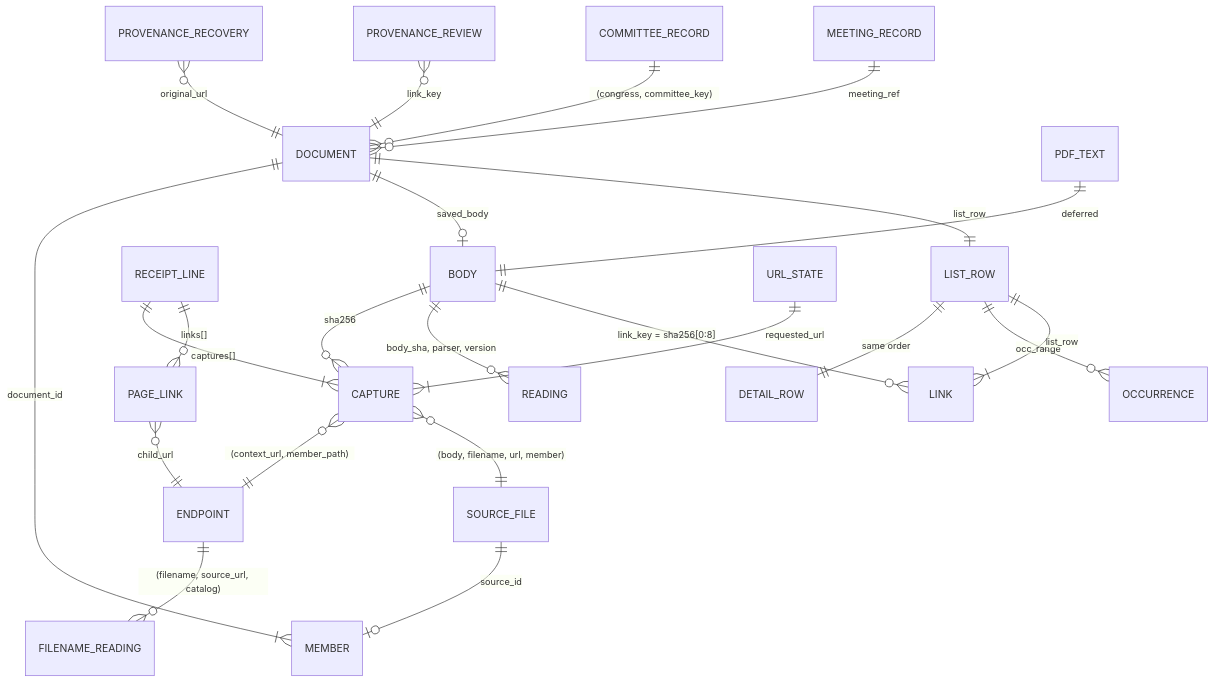
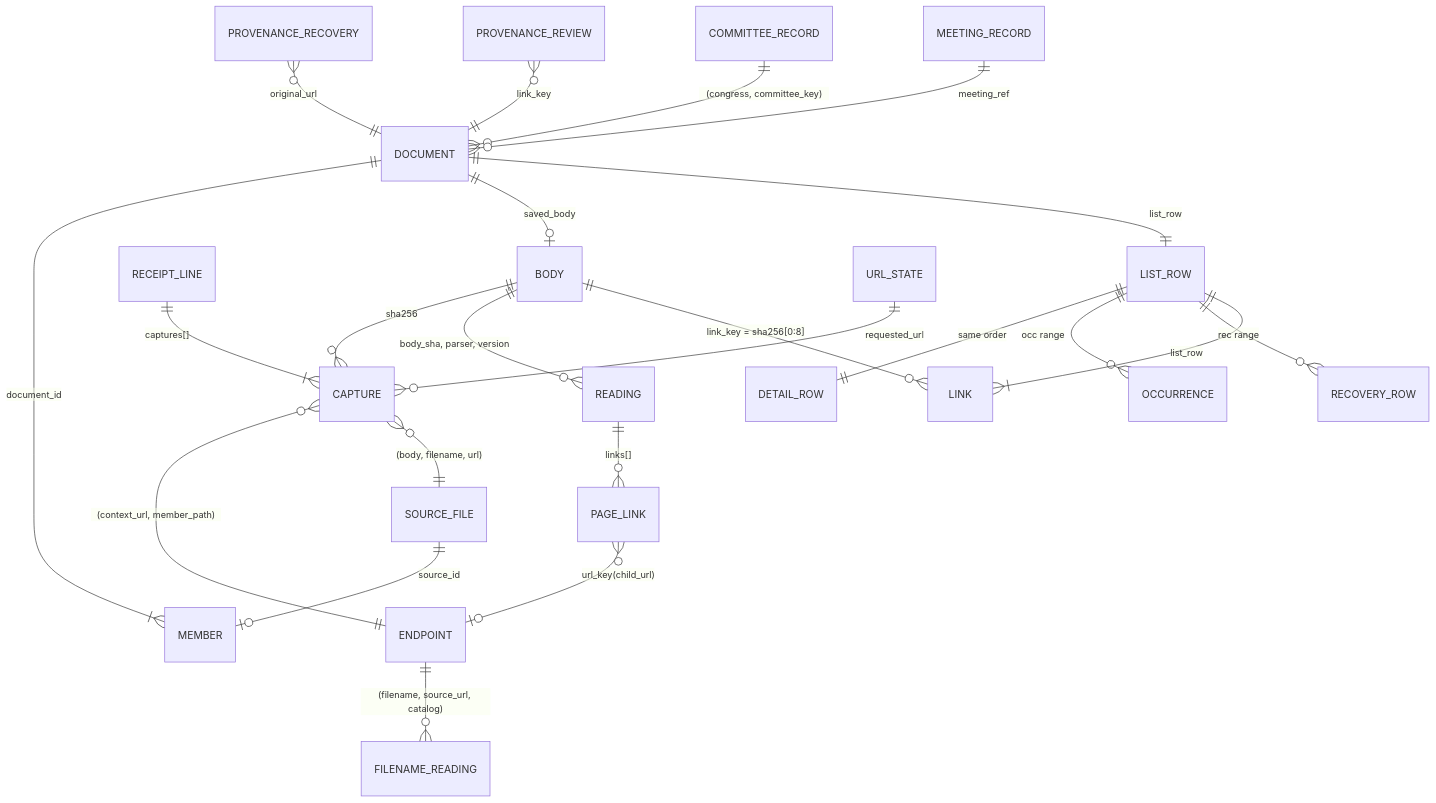
One commit to civictechdc/congressional-tech changed the diagram in docs/engine-first-data-model.md. Above: the diagram before and after it, drawn with Mermaid. The commit also changed other lines of this file and 2 other files, not shown here.

````diff
--- a/docs/engine-first-data-model.md
+++ b/docs/engine-first-data-model.md
@@ -529,25 +573,25 @@
 ```mermaid
 erDiagram
   BODY ||--o{ CAPTURE : "sha256"
   RECEIPT_LINE ||--|{ CAPTURE : "captures[]"
-  RECEIPT_LINE ||--o{ PAGE_LINK : "links[]"
   CAPTURE }o--|| ENDPOINT : "(context_url, member_path)"
-  PAGE_LINK }o--|| ENDPOINT : "child_url"
   BODY ||--o{ READING : "body_sha, parser, version"
+  READING ||--o{ PAGE_LINK : "links[]"
+  PAGE_LINK }o--o| ENDPOINT : "url_key(child_url)"
   ENDPOINT ||--o{ FILENAME_READING : "(filename, source_url, catalog)"
-  CAPTURE }o--|| SOURCE_FILE : "(body, filename, url, member)"
+  CAPTURE }o--|| SOURCE_FILE : "(body, filename, url)"
   SOURCE_FILE ||--o| MEMBER : "source_id"
   DOCUMENT ||--|{ MEMBER : "document_id"
   DOCUMENT ||--o| BODY : "saved_body"
   DOCUMENT ||--|| LIST_ROW : "list_row"
   LIST_ROW ||--|| DETAIL_ROW : "same order"
-  LIST_ROW ||--o{ OCCURRENCE : "occ_range"
+  LIST_ROW ||--o{ OCCURRENCE : "occ range"
+  LIST_ROW ||--o{ RECOVERY_ROW : "rec range"
   LIST_ROW ||--|{ LINK : "list_row"
   BODY ||--o{ LINK : "link_key = sha256[0:8]"
   PROVENANCE_RECOVERY }o--|| DOCUMENT : "original_url"
   PROVENANCE_REVIEW }o--|| DOCUMENT : "link_key"
-  URL_STATE ||--|{ CAPTURE : "requested_url"
-  PDF_TEXT ||--|| BODY : "deferred"
+  URL_STATE ||--o{ CAPTURE : "requested_url"
   COMMITTEE_RECORD ||--o{ DOCUMENT : "(congress, committee_key)"
   MEETING_RECORD ||--o{ DOCUMENT : "meeting_ref"
 ```
````
